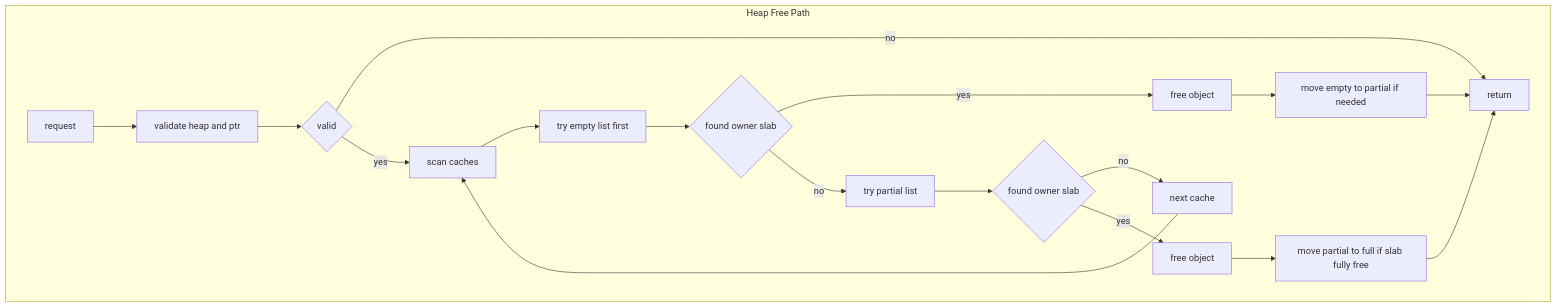
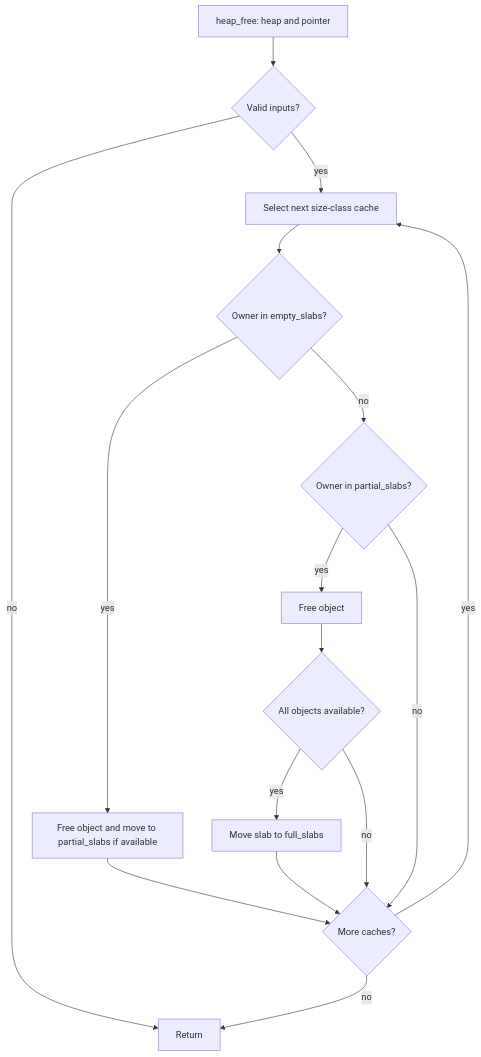
Before and after one commit to marwan475/Arx: the tenth of 11 diagrams in docs/DIAGRAMS.md, drawn with Mermaid. The commit also changed other lines of this file and 12 other files, not shown here.

Commit message:
update platform diagrams

````diff
--- a/docs/DIAGRAMS.md
+++ b/docs/DIAGRAMS.md
@@ -190,21 +215,20 @@
 ```mermaid
-flowchart TD
-    subgraph Heap Free Path
-        F0[request] --> F1[validate heap and ptr]
-        F1 --> F2{valid}
-        F2 -- no --> F3[return]
-        F2 -- yes --> F4[scan caches]
-        F4 --> F5[try empty list first]
-        F5 --> F6{found owner slab}
-        F6 -- yes --> F7[free object]
-        F7 --> F8[move empty to partial if needed]
-        F8 --> F3
-        F6 -- no --> F9[try partial list]
-        F9 --> F10{found owner slab}
-        F10 -- no --> F11[next cache]
-        F11 --> F4
-        F10 -- yes --> F12[free object]
-        F12 --> F13[move partial to full if slab fully free]
-        F13 --> F3
-    end
+flowchart TB
+    accTitle: Small-object heap release
+    accDescr: Find the owning slab in each size-class cache and update the allocation bitmap and slab list.
+    A[heap_free: heap and pointer] --> B{Valid inputs?}
+    B -- no --> X[Return]
+    B -- yes --> C[Select next size-class cache]
+    C --> D{Owner in empty_slabs?}
+    D -- yes --> E[Free object and move to partial_slabs if available]
+    D -- no --> F{Owner in partial_slabs?}
+    F -- yes --> G[Free object]
+    G --> H{All objects available?}
+    H -- yes --> I[Move slab to full_slabs]
+    H -- no --> J{More caches?}
+    I --> J
+    E --> J
+    F -- no --> J
+    J -- yes --> C
+    J -- no --> X
 ```
````
